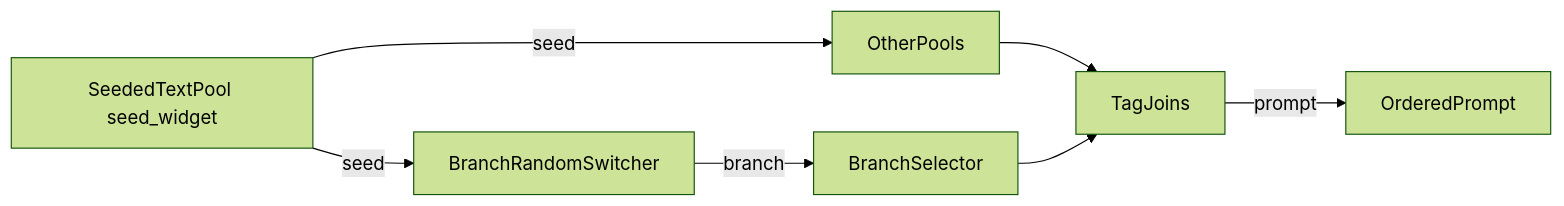
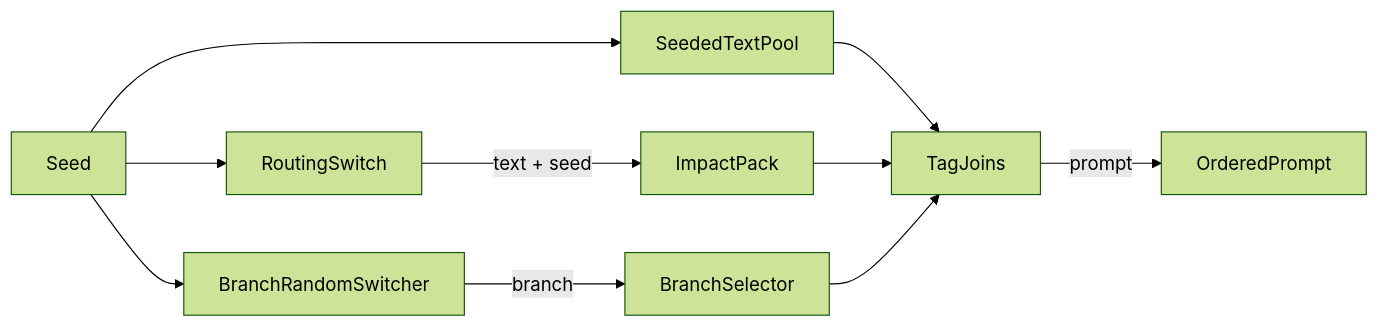
The diagram in README.md (Cueuler/dynamic_prompt_engine), drawn with Mermaid (forest theme) before and after one commit. The commit also changed other lines of this file and 4 other files, not shown here.

First line of the commit message:
Add Routing Switch node for weighted prompt input selection.

````diff
--- a/README.md
+++ b/README.md
@@ -23,9 +25,21 @@
 ```mermaid
 flowchart LR
-  rootPool["SeededTextPool seed_widget"] -->|"seed"| pools[OtherPools]
-  rootPool -->|"seed"| switcher[BranchRandomSwitcher]
-  pools --> joins[TagJoins]
-  switcher -->|"branch"| selector[BranchSelector]
+  seed[Seed]
+  rootPool["SeededTextPool"]
+  routing[RoutingSwitch]
+  impact[ImpactPack]
+  switcher[BranchRandomSwitcher]
+  selector[BranchSelector]
+  joins[TagJoins]
+  finalPrompt[OrderedPrompt]
+
+  seed --> rootPool
+  seed --> routing
+  seed --> switcher
+  rootPool --> joins
+  routing -->|"text + seed"| impact
+  impact --> joins
+  switcher -->|"branch"| selector
   selector --> joins
-  joins -->|"prompt"| finalPrompt[OrderedPrompt]
+  joins -->|"prompt"| finalPrompt
 ```
````
